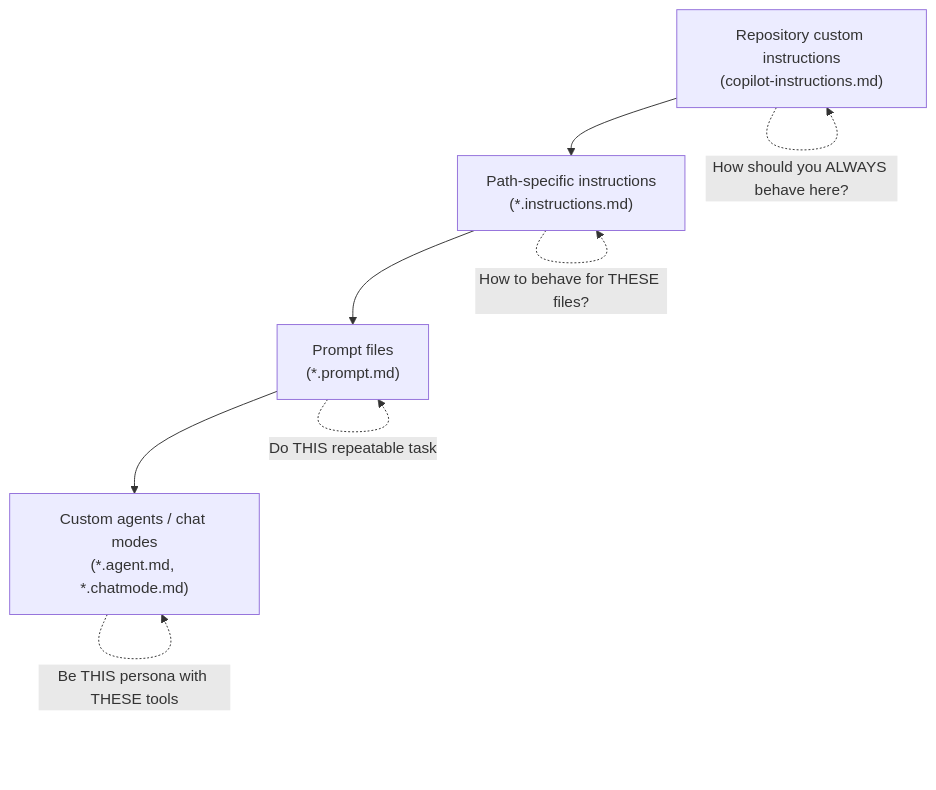
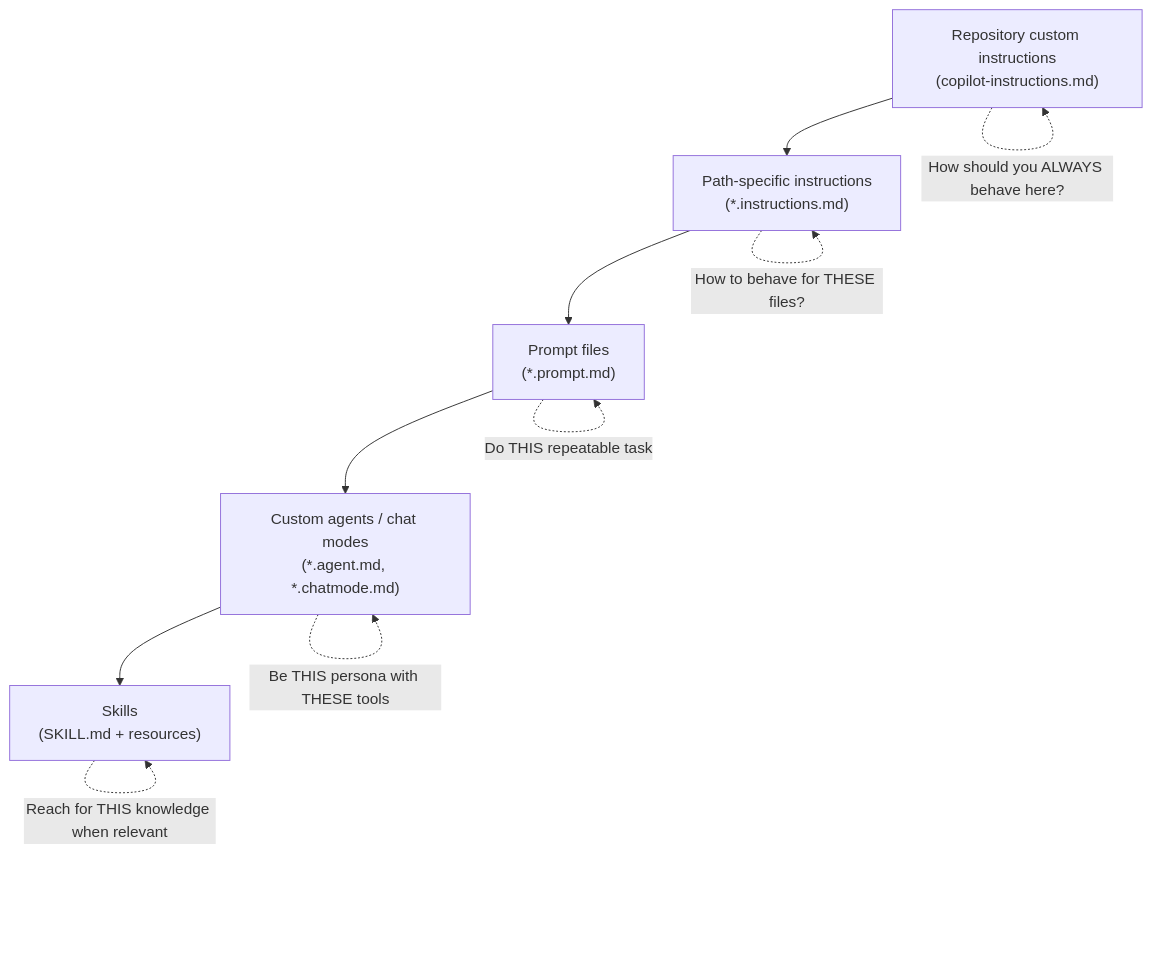
Before and after one commit to umaranit/umaranit.github.io: the diagram in _posts/2026-06-11-github-copilot-customization-that-actually-sticks.md, drawn with Mermaid. The commit also changed other lines of this file and 1 other file, not shown here.

````diff
--- a/_posts/2026-06-11-github-copilot-customization-that-actually-sticks.md
+++ b/_posts/2026-06-11-github-copilot-customization-that-actually-sticks.md
@@ -26,11 +26,13 @@
 ```mermaid
 flowchart TD
     A["Repository custom instructions<br/>(copilot-instructions.md)"] --> B["Path-specific instructions<br/>(*.instructions.md)"]
     B --> C["Prompt files<br/>(*.prompt.md)"]
     C --> D["Custom agents / chat modes<br/>(*.agent.md, *.chatmode.md)"]
+    D --> E["Skills<br/>(SKILL.md + resources)"]
 
     A -.->|"How should you ALWAYS behave here?"| A
     B -.->|"How to behave for THESE files?"| B
     C -.->|"Do THIS repeatable task"| C
     D -.->|"Be THIS persona with THESE tools"| D
+    E -.->|"Reach for THIS knowledge when relevant"| E
 ```
````
